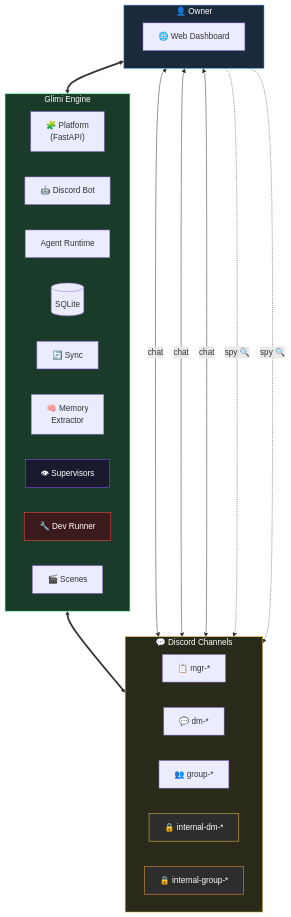
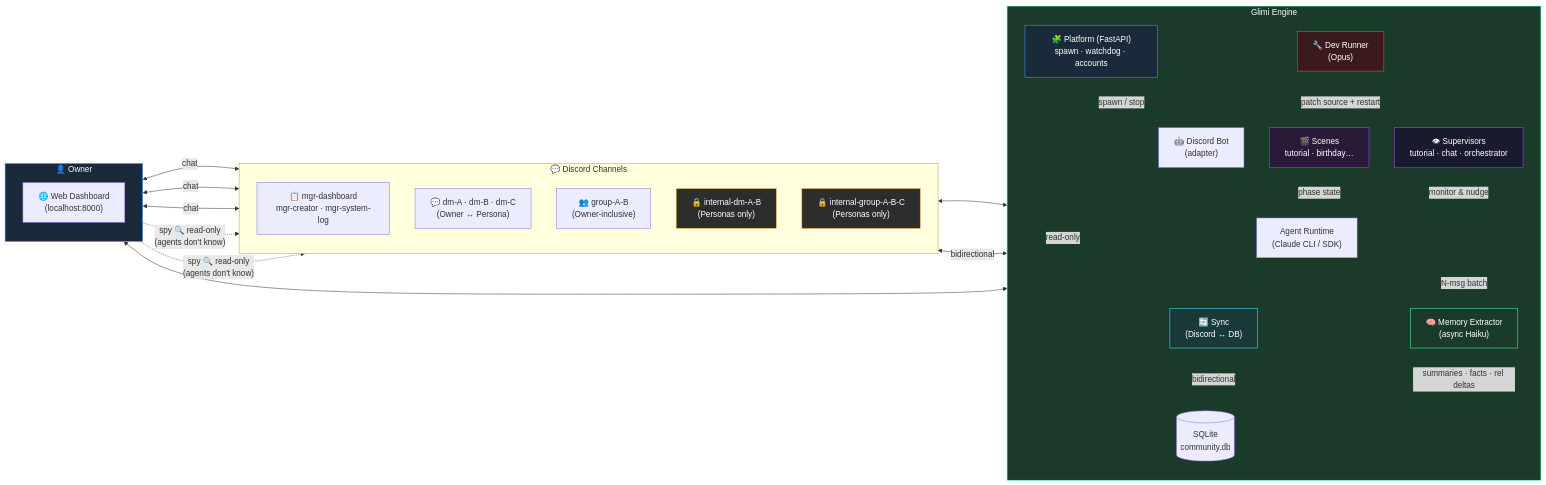
One commit to je-empty/Glimi changed the first of 7 diagrams in README.md. Above: the diagram before and after it, drawn with Mermaid. The commit also changed other lines of this file and 6 other files, not shown here.

````diff
--- a/README.md
+++ b/README.md
@@ -13,41 +13,56 @@
 ```mermaid
-flowchart TB
+flowchart LR
     subgraph Owner["👤 Owner"]
-        Browser["🌐 Web Dashboard"]
+        direction TB
+        Browser["🌐 Web Dashboard<br/>(localhost:8000)"]
     end
 
     subgraph Engine["Glimi Engine"]
-        direction LR
-        Plat["🧩 Platform<br/>(FastAPI)"]
-        Bot["🤖 Discord Bot"]
-        Runtime["Agent Runtime"]
-        DB[("SQLite")]
-        Sync["🔄 Sync"]
-        Memory["🧠 Memory<br/>Extractor"]
-        Sups["👁 Supervisors"]
-        DevRunner["🔧 Dev Runner"]
-        Scenes["🎬 Scenes"]
+        direction TB
+        Plat["🧩 Platform (FastAPI)<br/>spawn · watchdog · accounts"]
+        Bot["🤖 Discord Bot<br/>(adapter)"]
+        Runtime["Agent Runtime<br/>(Claude CLI / SDK)"]
+        Scenes["🎬 Scenes<br/>tutorial · birthday…"]
+        Memory["🧠 Memory Extractor<br/>(async Haiku)"]
+        DB[("SQLite<br/>community.db")]
+        Sync["🔄 Sync<br/>(Discord ↔ DB)"]
+        DevRunner["🔧 Dev Runner<br/>(Opus)"]
+        Sups["👁 Supervisors<br/>tutorial · chat · orchestrator"]
     end
 
     subgraph Discord["💬 Discord Channels"]
-        direction LR
-        Mgr["📋 mgr-*"]
-        DM["💬 dm-*"]
-        Grp["👥 group-*"]
-        SecDM["🔒 internal-dm-*"]
-        SecGrp["🔒 internal-group-*"]
+        direction TB
+        Mgr["📋 mgr-dashboard<br/>mgr-creator · mgr-system-log"]
+        DM["💬 dm-A · dm-B · dm-C<br/>(Owner ↔ Persona)"]
+        Grp["👥 group-A-B<br/>(Owner-inclusive)"]
+        SecDM["🔒 internal-dm-A-B<br/>(Personas only)"]
+        SecGrp["🔒 internal-group-A-B-C<br/>(Personas only)"]
     end
 
-    Owner <==> Engine
-    Engine <==> Discord
-    Owner <-->|chat| Mgr & DM & Grp
-    Owner -. "spy 🔍" .-> SecDM & SecGrp
+    Browser <--> Plat
+    Plat -->|"spawn / stop"| Bot
+    Plat -. "read-only" .-> DB
+
+    Owner <-->|"chat"| Mgr & DM & Grp
+    Owner -. "spy 🔍 read-only<br/>(agents don't know)" .-> SecDM & SecGrp
+    Discord <--> Bot
+    Bot <--> Runtime
+    Runtime <--> DB
+    Scenes -. "phase state" .- Runtime
+    Sync <-->|"bidirectional"| DB & Discord
+    DevRunner -->|"patch source + restart"| Bot
+    Sups -. "monitor & nudge" .-> Runtime
+    Runtime -->|"N-msg batch"| Memory
+    Memory -->|"summaries · facts · rel deltas"| DB
 
     style Owner fill:#1a2a3a,stroke:#4a9eff,color:#fff
     style Engine fill:#1a3a2a,stroke:#4aff9e,color:#fff
-    style Discord fill:#2a2a1a,stroke:#f5c542,color:#fff
+    style Plat fill:#1a2a3a,stroke:#4a9eff,color:#fff
+    style Scenes fill:#2a1a3a,stroke:#9a4aff,color:#fff
+    style Memory fill:#1a3a2a,stroke:#4aff9e,color:#fff
+    style Sync fill:#1a3a3a,stroke:#4af5f5,color:#fff
+    style Sups fill:#1a1a2e,stroke:#9a4aff,color:#fff
+    style DevRunner fill:#3a1a1a,stroke:#ff4a4a,color:#fff
     style SecDM fill:#2d2d2d,stroke:#f5c542,color:#fff
     style SecGrp fill:#2d2d2d,stroke:#f5a142,color:#fff
-    style Sups fill:#1a1a2e,stroke:#9a4aff,color:#fff
-    style DevRunner fill:#3a1a1a,stroke:#ff4a4a,color:#fff
 ```
````
